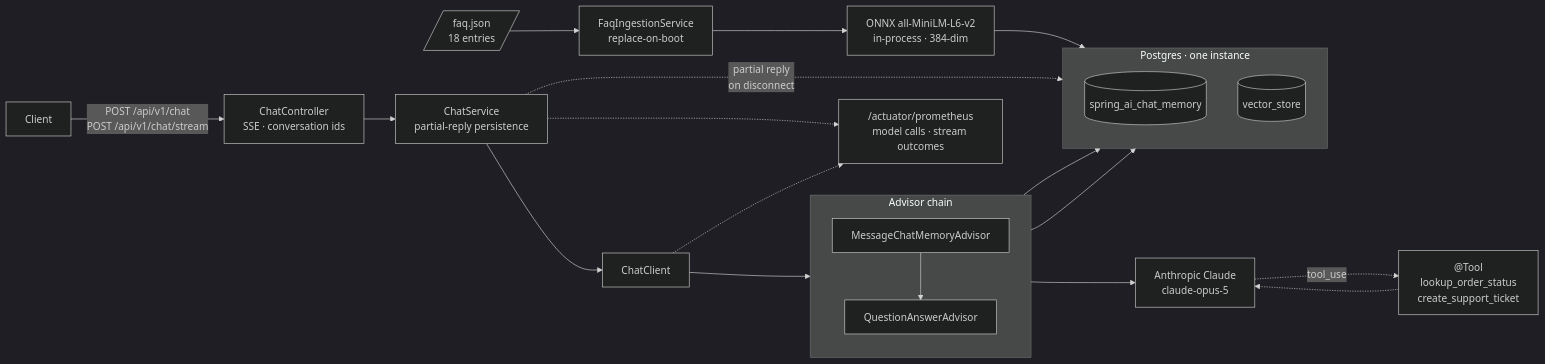
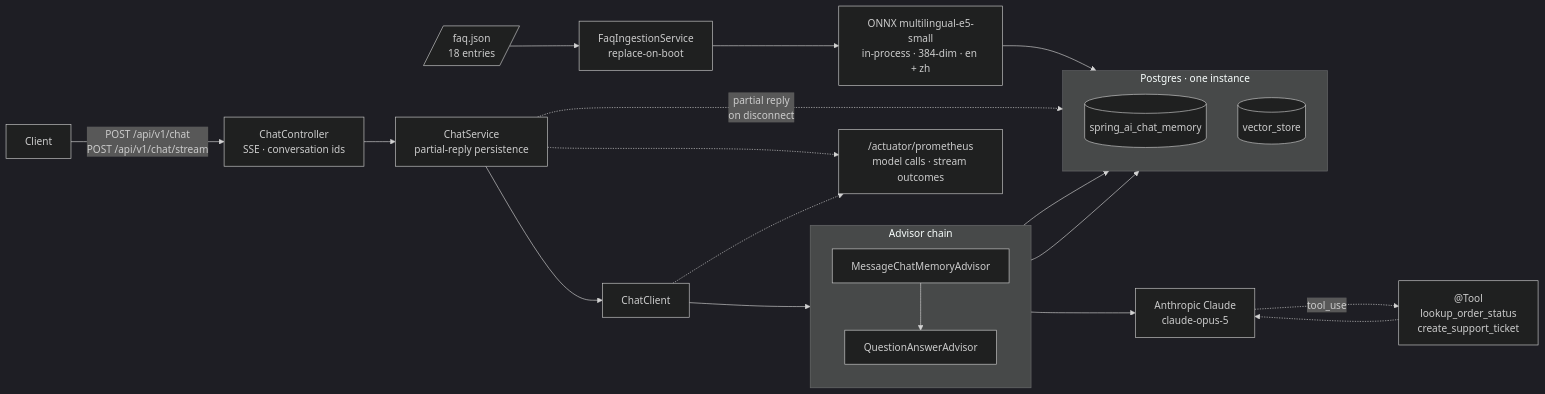
The first of 2 diagrams in README.md (lai3d/ai-customer-service-java), drawn with Mermaid (dark theme) before and after one commit. The commit also changed other lines of this file and 12 other files, not shown here.

````diff
--- a/README.md
+++ b/README.md
@@ -22,46 +22,46 @@
 ```mermaid
 flowchart LR
     Client["Client"]
     Ctl["ChatController<br/>SSE · conversation ids"]
     Svc["ChatService<br/>partial-reply persistence"]
     CC["ChatClient"]
 
     subgraph Chain["Advisor chain"]
         direction TB
         Mem["MessageChatMemoryAdvisor"]
         QA["QuestionAnswerAdvisor"]
         Mem --> QA
     end
 
     Claude["Anthropic Claude<br/>claude-opus-5"]
     Tools["@Tool<br/>lookup_order_status<br/>create_support_ticket"]
 
     subgraph PG["Postgres · one instance"]
         direction TB
         CM[("spring_ai_chat_memory")]
         VS[("vector_store")]
     end
 
     Ingest["FaqIngestionService<br/>replace-on-boot"]
     Corpus[/"faq.json<br/>18 entries"/]
-    Embed["ONNX all-MiniLM-L6-v2<br/>in-process · 384-dim"]
+    Embed["ONNX multilingual-e5-small<br/>in-process · 384-dim · en + zh"]
     Prom["/actuator/prometheus<br/>model calls · stream outcomes"]
 
     Client -->|"POST /api/v1/chat<br/>POST /api/v1/chat/stream"| Ctl
     Ctl --> Svc
     Svc --> CC
     CC --> Chain
     Chain --> Claude
     Claude -.->|"tool_use"| Tools
     Tools -.-> Claude
 
     Mem --> CM
     QA --> VS
     Corpus --> Ingest
     Ingest --> Embed
     Embed --> VS
     Svc -.->|"partial reply<br/>on disconnect"| CM
     Svc -.-> Prom
     CC -.-> Prom
 
 ```
````
